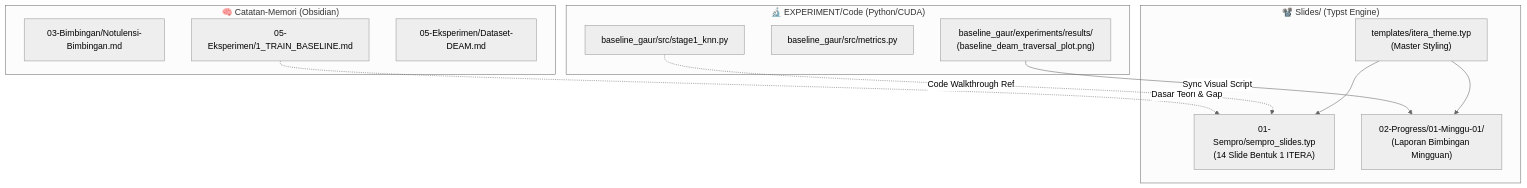
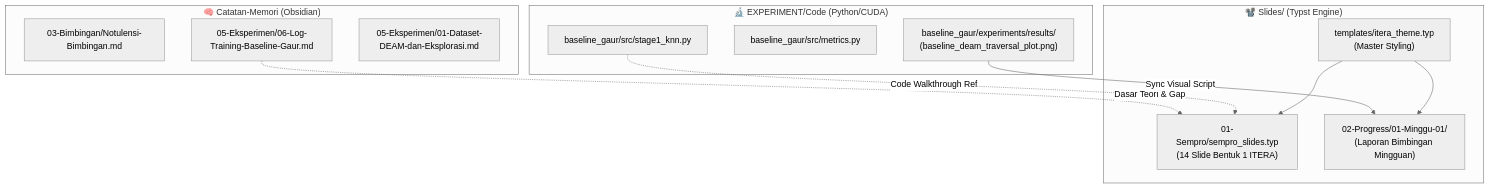
Before and after one commit to cengkooo/Catatan-Logs-TA: the diagram in 10-Slides/00-Index-Slides-Engine.md, drawn with Mermaid (neutral theme). The commit also changed 48 other files, not shown here.

````diff
--- a/10-Slides/00-Index-Slides-Engine.md
+++ b/10-Slides/00-Index-Slides-Engine.md
@@ -21,26 +21,26 @@
 ```mermaid
 graph TD
     subgraph BRAIN["🧠 Catatan-Memori (Obsidian)"]
         OB1["03-Bimbingan/Notulensi-Bimbingan.md"]
-        OB2["05-Eksperimen/1_TRAIN_BASELINE.md"]
-        OB3["05-Eksperimen/Dataset-DEAM.md"]
+        OB2["05-Eksperimen/06-Log-Training-Baseline-Gaur.md"]
+        OB3["05-Eksperimen/01-Dataset-DEAM-dan-Eksplorasi.md"]
     end
 
     subgraph LAB["🔬 EXPERIMENT/Code (Python/CUDA)"]
         C1["baseline_gaur/src/stage1_knn.py"]
         C2["baseline_gaur/src/metrics.py"]
         C3["baseline_gaur/experiments/results/<br/>(baseline_deam_traversal_plot.png)"]
     end
 
     subgraph SLIDES["📽️ Slides/ (Typst Engine)"]
         SP["01-Sempro/sempro_slides.typ<br/>(14 Slide Bentuk 1 ITERA)"]
         PR["02-Progress/01-Minggu-01/<br/>(Laporan Bimbingan Mingguan)"]
         TH["templates/itera_theme.typ<br/>(Master Styling)"]
     end
 
     OB2 -.->|Dasar Teori & Gap| SP
     C1 -.->|Code Walkthrough Ref| SP
     C3 -->|Sync Visual Script| PR
     TH --> SP
     TH --> PR
 ```
````
